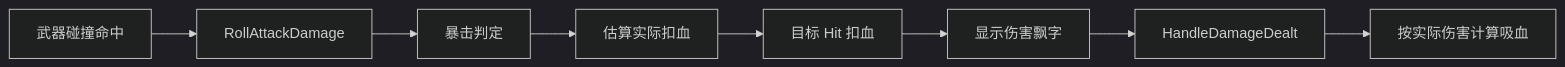
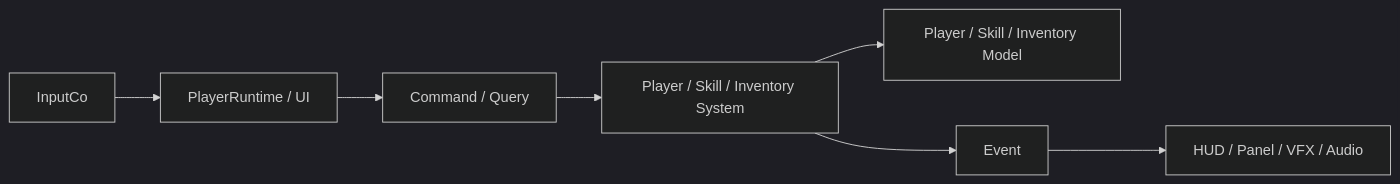
Before and after one commit to forrsine/Treasure-Hunter: the second of 3 diagrams in README.md, drawn with Mermaid (dark theme). The commit also changed other lines of this file and 139 other files, not shown here.

````diff
--- a/README.md
+++ b/README.md
@@ -209,10 +180,9 @@
 ```mermaid
 flowchart LR
-    A["武器碰撞命中"] --> B["RollAttackDamage"]
-    B --> C["暴击判定"]
-    C --> D["估算实际扣血"]
-    D --> E["目标 Hit 扣血"]
-    E --> F["显示伤害飘字"]
-    F --> G["HandleDamageDealt"]
-    G --> H["按实际伤害计算吸血"]
+    A["InputCo"] --> B["PlayerRuntime / UI"]
+    B --> C["Command / Query"]
+    C --> D["Player / Skill / Inventory System"]
+    D --> E["Player / Skill / Inventory Model"]
+    D --> F["Event"]
+    F --> G["HUD / Panel / VFX / Audio"]
 ```
````
